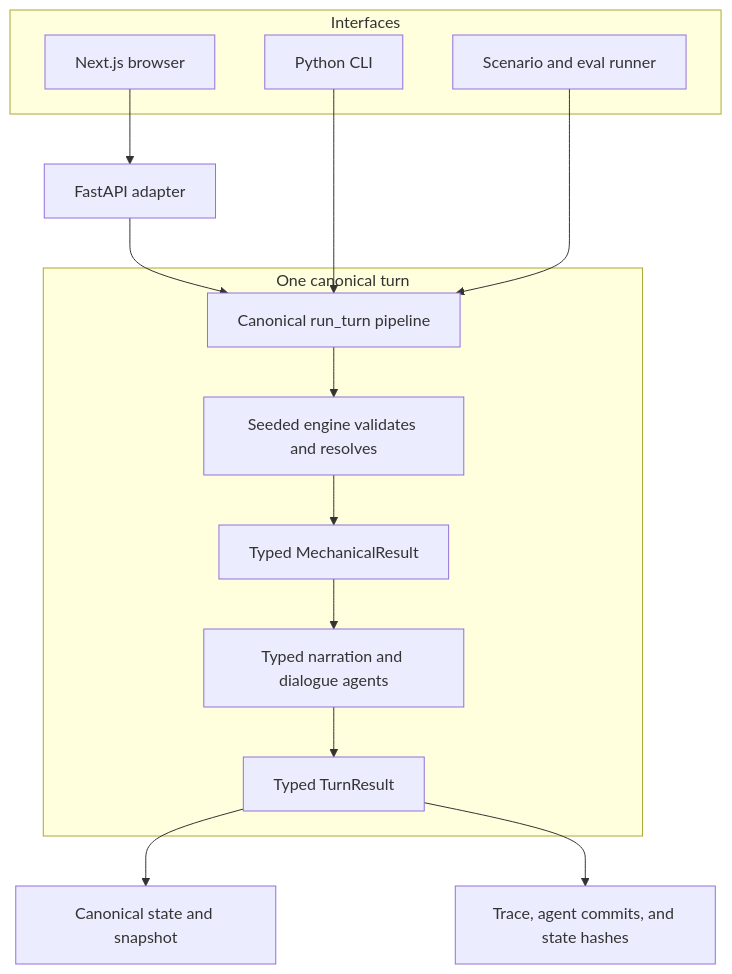
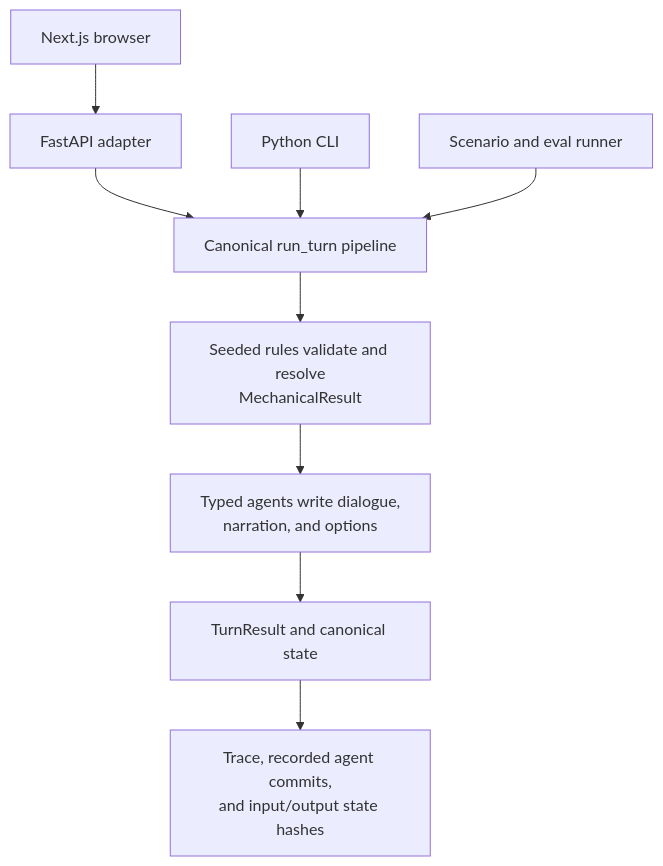
Before and after one commit to iamianM/llm-game: the first of 2 diagrams in README.md, drawn with Mermaid.

Commit message:
docs: compact the runtime architecture diagram

````diff
--- a/README.md
+++ b/README.md
@@ -82,23 +82,14 @@
 ```mermaid
 flowchart TB
-    subgraph Interfaces
-        Browser[Next.js browser]
-        CLI[Python CLI]
-        Scenarios[Scenario and eval runner]
-    end
-
+    Browser[Next.js browser]
+    CLI[Python CLI]
+    Scenarios[Scenario and eval runner]
     Browser --> API[FastAPI adapter]
     API --> Turn[Canonical run_turn pipeline]
     CLI --> Turn
     Scenarios --> Turn
-
-    subgraph Resolution[One canonical turn]
-        Turn --> Engine[Seeded engine validates and resolves]
-        Engine --> Result[Typed MechanicalResult]
-        Result --> Agents[Typed narration and dialogue agents]
-        Agents --> Output[Typed TurnResult]
-    end
-
-    Output --> State[Canonical state and snapshot]
-    Output --> Trace[Trace, agent commits, and state hashes]
+    Turn --> Resolve[Seeded rules validate and resolve<br/>MechanicalResult]
+    Resolve --> Agents[Typed agents write dialogue,<br/>narration, and options]
+    Agents --> Output[TurnResult and canonical state]
+    Output --> Trace[Trace, recorded agent commits,<br/>and input/output state hashes]
 ```
````
